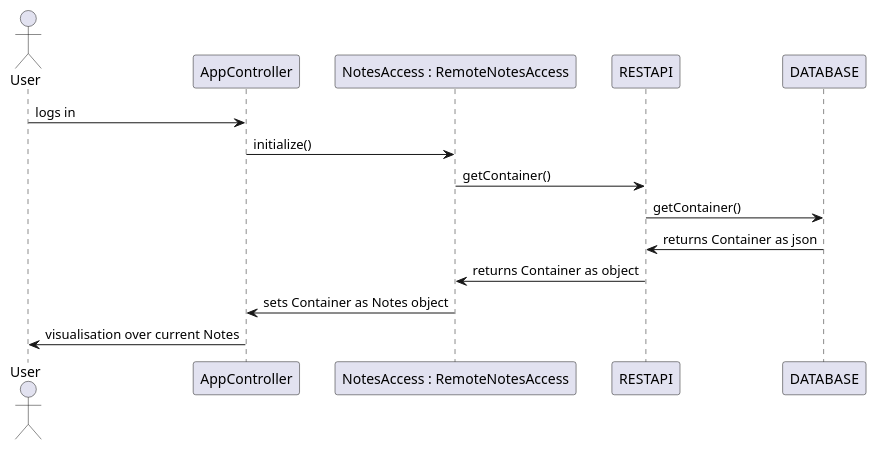
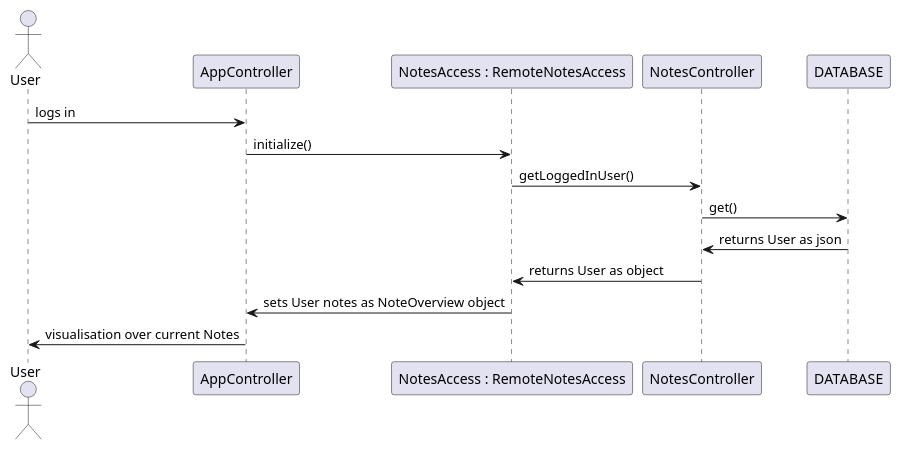
Before and after one commit to aasmul1/Informatikk-Prosjektarbeid: the diagram in notes/diagrams/src/sequence.puml, drawn with PlantUML.

Commit message:
Changed name from API to NotesController

```diff
--- a/notes/diagrams/src/sequence.puml
+++ b/notes/diagrams/src/sequence.puml
@@ -1,11 +1,11 @@
 @startuml sequenceDiagram
     actor User
     User -> AppController: logs in
     AppController -> "NotesAccess : RemoteNotesAccess": initialize()
-    "NotesAccess : RemoteNotesAccess" -> RESTAPI: getContainer()
-    RESTAPI -> DATABASE: getContainer()
-    DATABASE -> RESTAPI: returns Container as json
-    RESTAPI -> "NotesAccess : RemoteNotesAccess": returns Container as object
-    "NotesAccess : RemoteNotesAccess" -> AppController: sets Container as Notes object
+    "NotesAccess : RemoteNotesAccess" -> NotesController: getLoggedInUser()
+    NotesController -> DATABASE: get()
+    DATABASE -> NotesController: returns User as json
+    NotesController -> "NotesAccess : RemoteNotesAccess": returns User as object
+    "NotesAccess : RemoteNotesAccess" -> AppController: sets User notes as NoteOverview object
     AppController -> User: visualisation over current Notes
 @enduml
```
